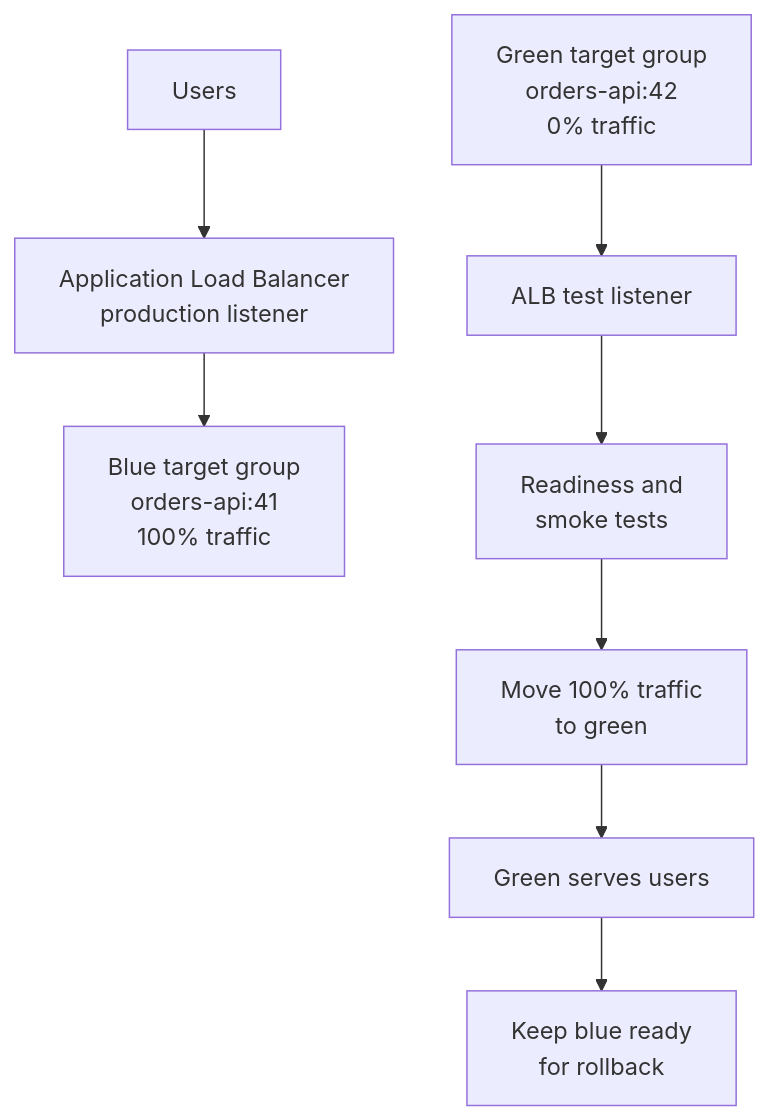
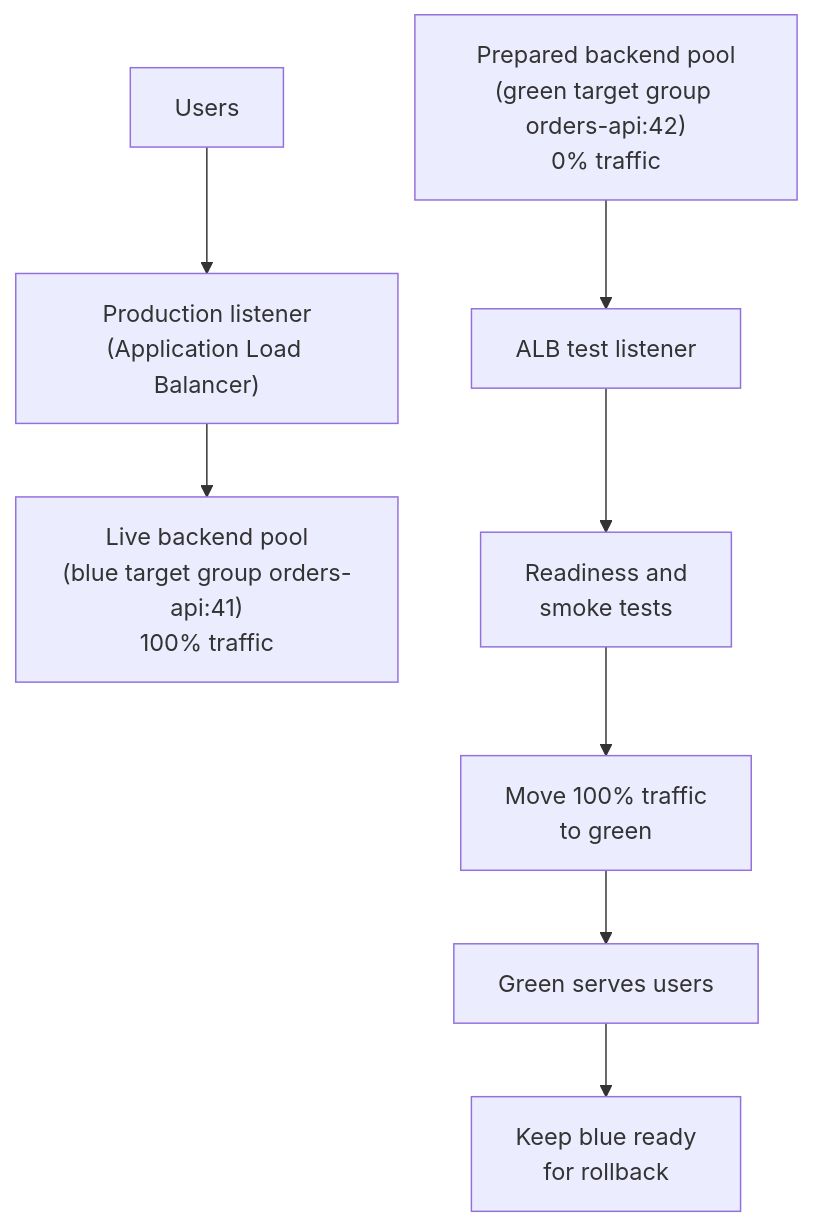
The diagram in cicd/deployment-strategies/blue-green-deployments.md (senlinyy/dev-roadmaps), drawn with Mermaid before and after one commit. The commit also changed 89 other files, not shown here.

````diff
--- a/cicd/deployment-strategies/blue-green-deployments.md
+++ b/cicd/deployment-strategies/blue-green-deployments.md
@@ -92,10 +92,10 @@
 ```mermaid
 graph TD
-    USERS["Users"] --> ALB["Application Load Balancer\nproduction listener"]
-    ALB --> BLUE["Blue target group\norders-api:41\n100% traffic"]
-    GREEN["Green target group\norders-api:42\n0% traffic"] --> TEST["ALB test listener"]
+    USERS["Users"] --> ALB["Production listener<br/>(Application Load Balancer)"]
+    ALB --> BLUE["Live backend pool<br/>(blue target group orders-api:41)\n100% traffic"]
+    GREEN["Prepared backend pool<br/>(green target group orders-api:42)\n0% traffic"] --> TEST["ALB test listener"]
     TEST --> CHECK["Readiness and\nsmoke tests"]
     CHECK --> SWITCH["Move 100% traffic\nto green"]
     SWITCH --> LIVE["Green serves users"]
     LIVE --> KEEP["Keep blue ready\nfor rollback"]
 ```
````
